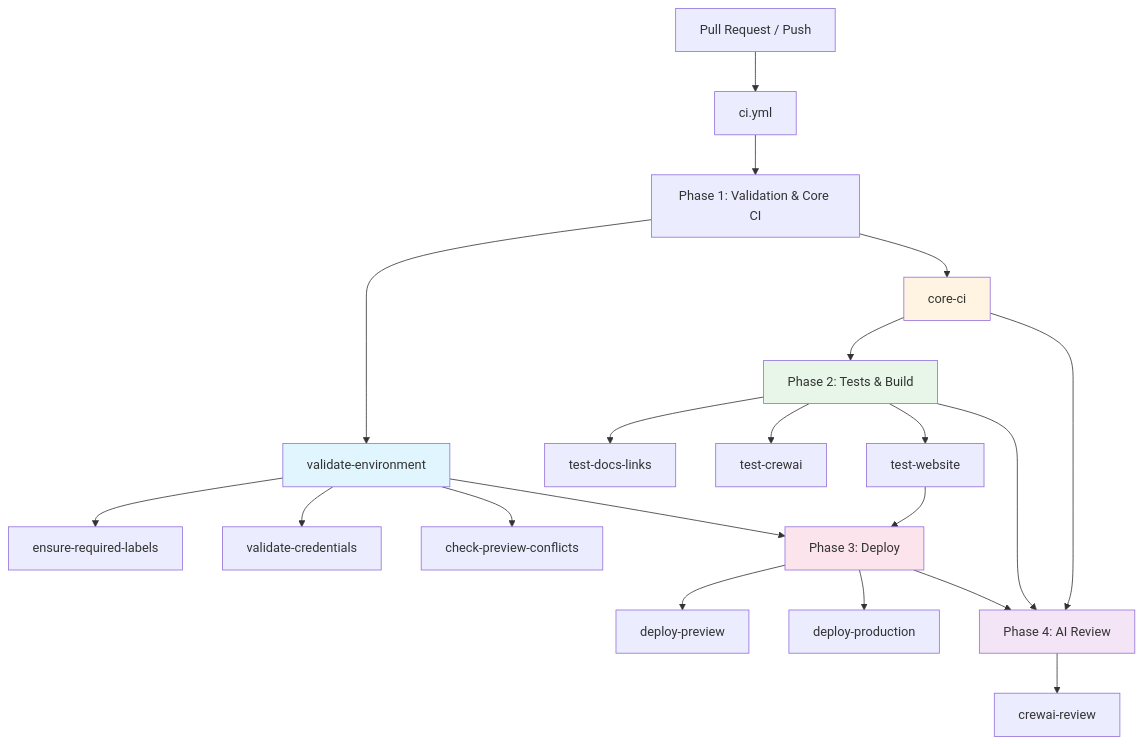
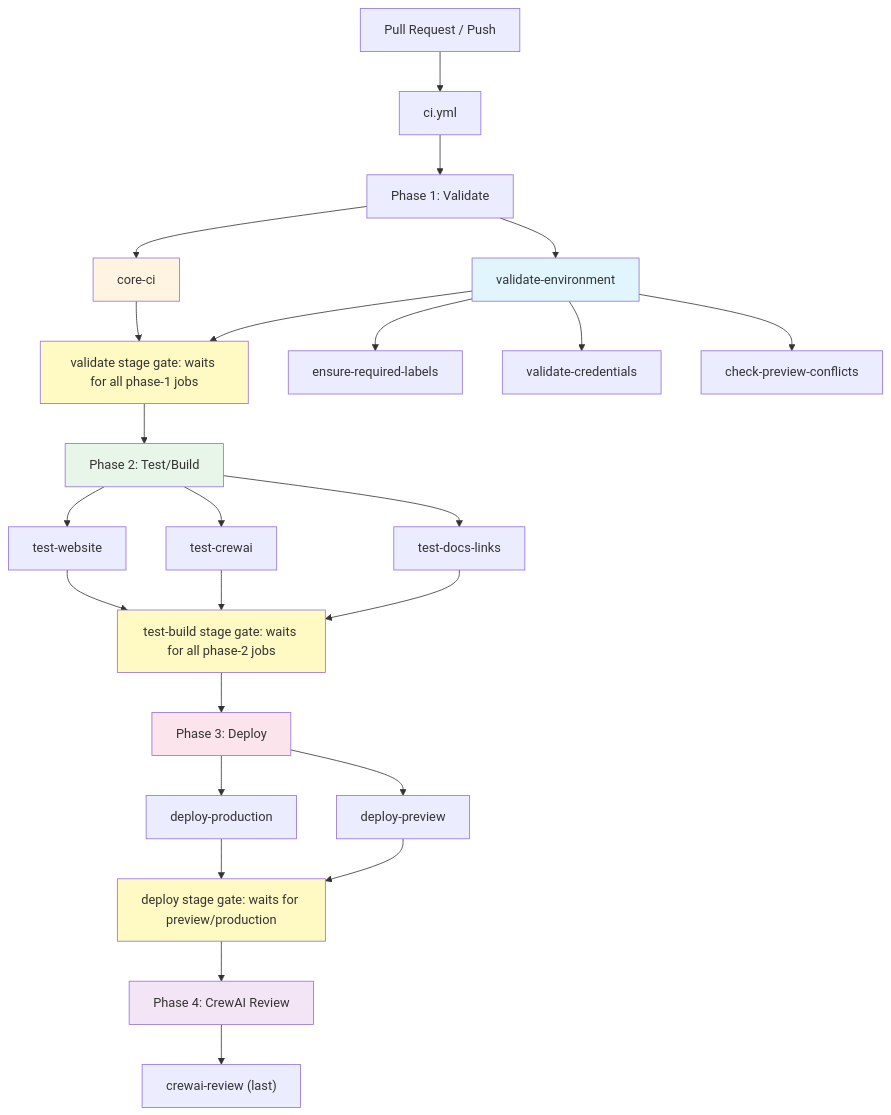
Before and after one commit to blazintrailssarah/agent-project: the first of 12 diagrams in .github/workflows/README.md, drawn with Mermaid. The commit also changed other lines of this file and 65 other files, not shown here.

````diff
--- a/.github/workflows/README.md
+++ b/.github/workflows/README.md
@@ -7,36 +9,43 @@
 ```mermaid
 graph TD
     A[Pull Request / Push] --> B[ci.yml]
-    B --> C[Phase 1: Validation & Core CI]
+    B --> C[Phase 1: Validate]
 
     C --> D[validate-environment]
     C --> E[core-ci]
+    D --> F[validate stage gate: waits for all phase-1 jobs]
+    E --> F
 
     D --> D1[ensure-required-labels]
     D --> D2[validate-credentials]
     D --> D3[check-preview-conflicts]
 
-    E --> F[Phase 2: Tests & Build]
+    F --> G[Phase 2: Test/Build]
 
-    F --> F1[test-docs-links]
-    F --> F2[test-crewai]
-    F --> F3[test-website]
+    G --> G1[test-docs-links]
+    G --> G2[test-crewai]
+    G --> G3[test-website]
+    G1 --> H[test-build stage gate: waits for all phase-2 jobs]
+    G2 --> H
+    G3 --> H
 
-    F3 --> G[Phase 3: Deploy]
-    D --> G
+    H --> I[Phase 3: Deploy]
 
-    G --> G1[deploy-preview]
-    G --> G2[deploy-production]
+    I --> I1[deploy-preview]
+    I --> I2[deploy-production]
+    I1 --> J[deploy stage gate: waits for preview/production]
+    I2 --> J
 
-    E --> H[Phase 4: AI Review]
-    F --> H
-    G --> H
+    J --> K[Phase 4: CrewAI Review]
 
-    H --> H1[crewai-review]
+    K --> K1["crewai-review (last)"]
 
     style D fill:#e1f5ff
     style E fill:#fff4e1
-    style F fill:#e8f5e9
-    style G fill:#fce4ec
-    style H fill:#f3e5f5
+    style F fill:#fff9c4
+    style G fill:#e8f5e9
+    style H fill:#fff9c4
+    style I fill:#fce4ec
+    style J fill:#fff9c4
+    style K fill:#f3e5f5
 ```
````
